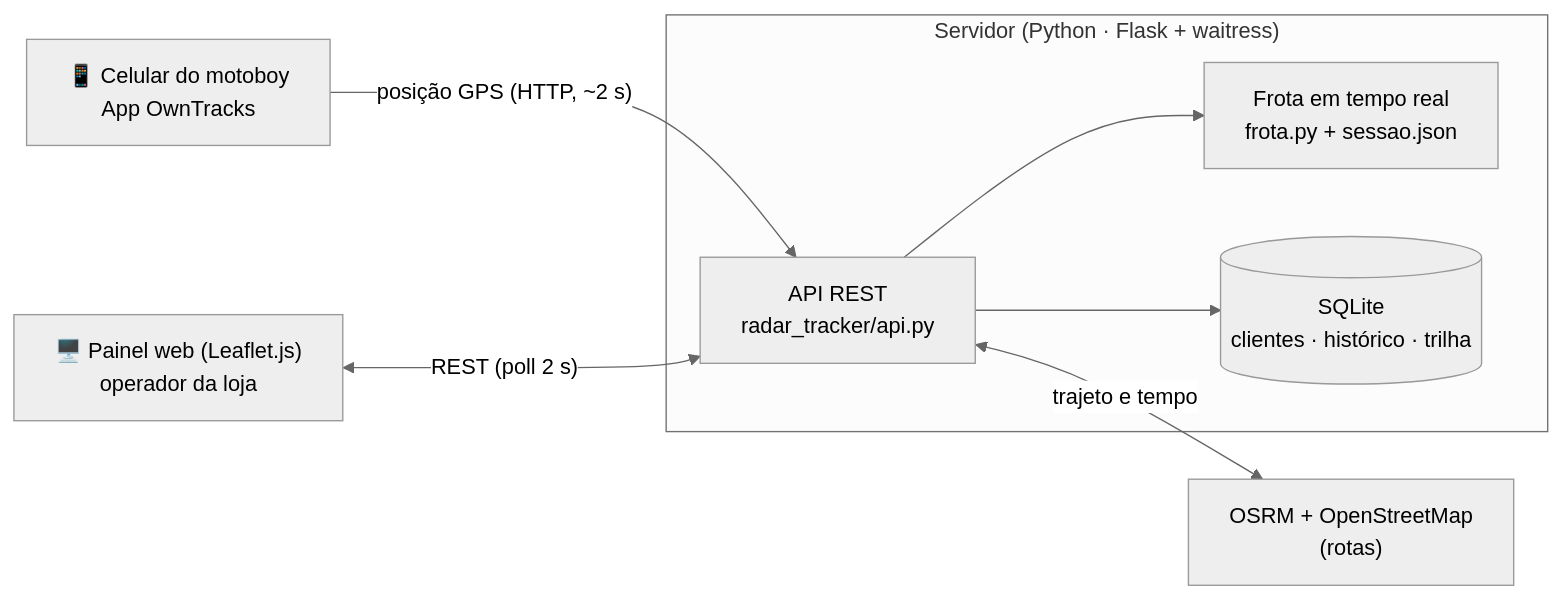
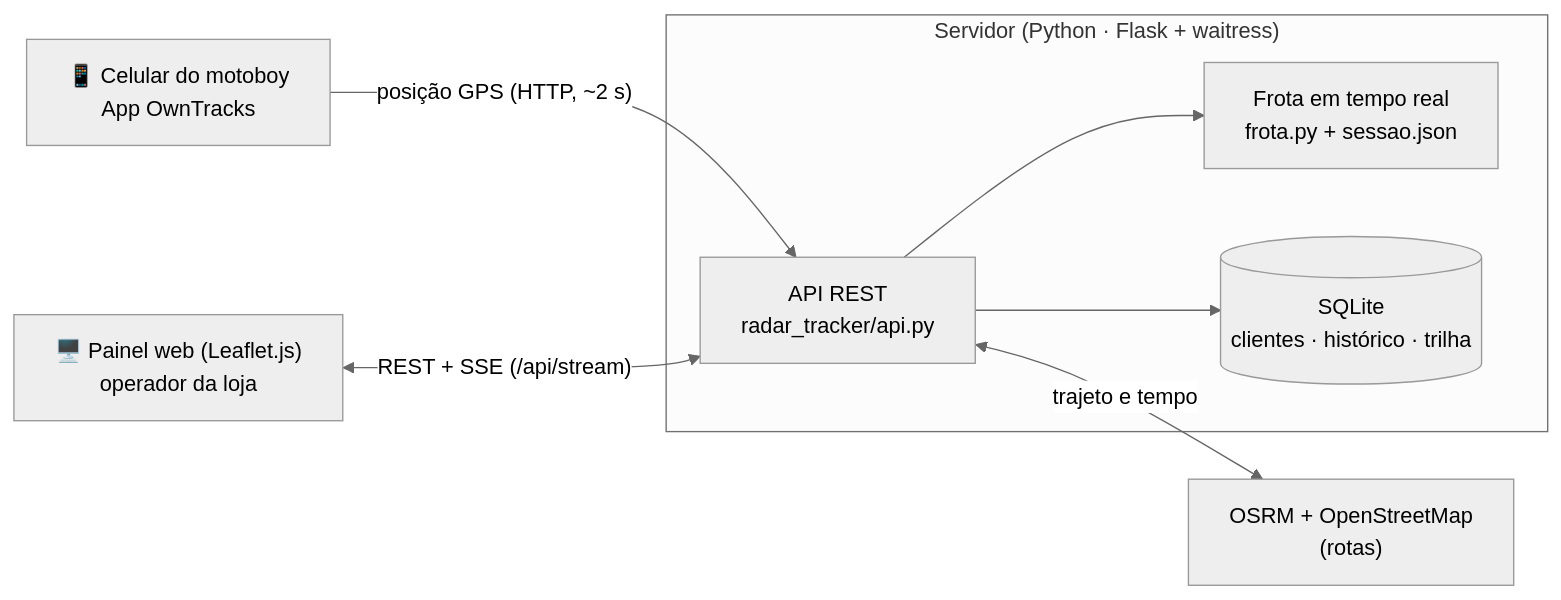
One commit to AndreeSpecht/GalviTracks changed the diagram in README.md. Above: the diagram before and after it, drawn with Mermaid (neutral theme). The commit also changed other lines of this file and 5 other files, not shown here.

````diff
--- a/README.md
+++ b/README.md
@@ -118,17 +118,17 @@
 ```mermaid
 flowchart LR
     APP["📱 Celular do motoboy<br/>App OwnTracks"]
     subgraph SRV["Servidor (Python · Flask + waitress)"]
         API["API REST<br/>radar_tracker/api.py"]
         FROTA["Frota em tempo real<br/>frota.py + sessao.json"]
         DB[("SQLite<br/>clientes · histórico · trilha")]
     end
     OSRM["OSRM + OpenStreetMap<br/>(rotas)"]
     WEB["🖥️ Painel web (Leaflet.js)<br/>operador da loja"]
 
     APP -- "posição GPS (HTTP, ~2 s)" --> API
-    WEB <-->|"REST (poll 2 s)"| API
+    WEB <-->|"REST + SSE (/api/stream)"| API
     API --> FROTA
     API --> DB
     API <-->|"trajeto e tempo"| OSRM
 ```
````
